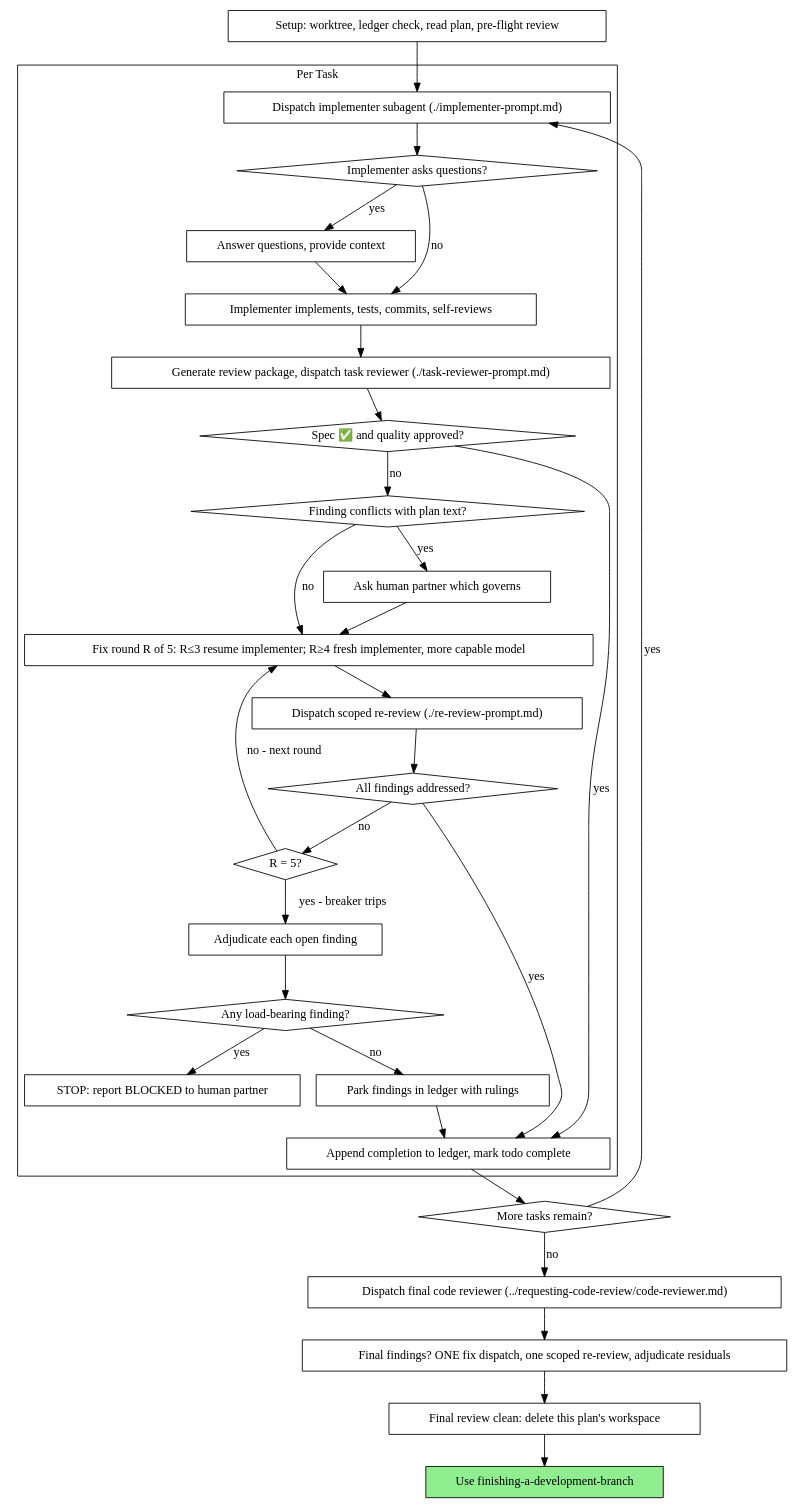
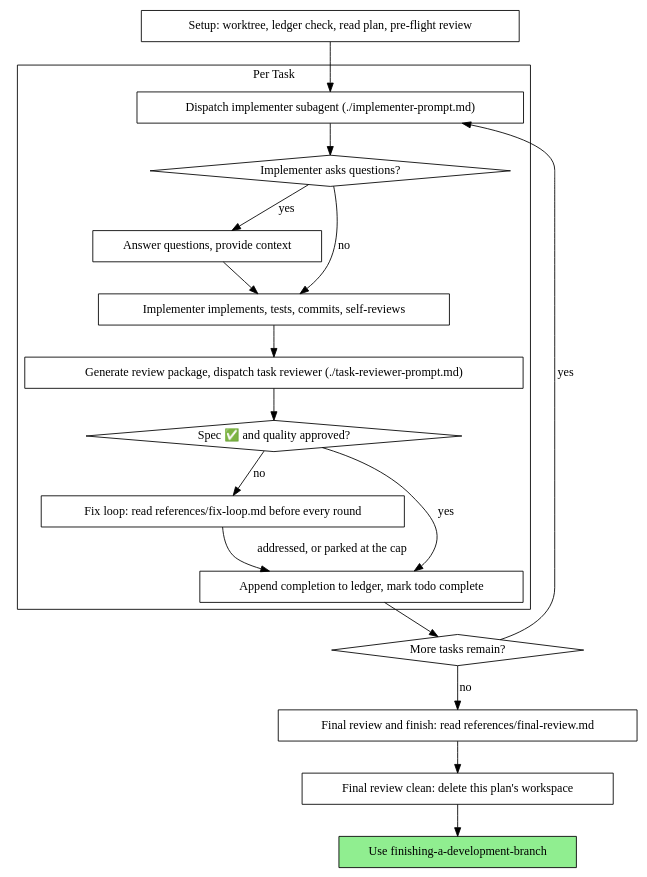
The second of 2 diagrams in 1-TAILORED-PROVIDER-TREES/Hermes/COPY-TO-SKILLS-DIRECTORY/skills/subagent-driven-development/SKILL.md (SenjuWoo/Ultimate-AI-Starter-Bundle), drawn with Graphviz before and after one commit. The commit also changed other lines of this file and 262 other files, not shown here.

````diff
--- a/1-TAILORED-PROVIDER-TREES/Hermes/COPY-TO-SKILLS-DIRECTORY/skills/subagent-driven-development/SKILL.md
+++ b/1-TAILORED-PROVIDER-TREES/Hermes/COPY-TO-SKILLS-DIRECTORY/skills/subagent-driven-development/SKILL.md
@@ -47,62 +47,39 @@
 ```dot
 digraph process {
     rankdir=TB;
 
     subgraph cluster_per_task {
         label="Per Task";
         "Dispatch implementer subagent (./implementer-prompt.md)" [shape=box];
         "Implementer asks questions?" [shape=diamond];
         "Answer questions, provide context" [shape=box];
         "Implementer implements, tests, commits, self-reviews" [shape=box];
         "Generate review package, dispatch task reviewer (./task-reviewer-prompt.md)" [shape=box];
         "Spec ✅ and quality approved?" [shape=diamond];
-        "Finding conflicts with plan text?" [shape=diamond];
-        "Ask human partner which governs" [shape=box];
-        "Fix round R of 5: R≤3 resume implementer; R≥4 fresh implementer, more capable model" [shape=box];
-        "Dispatch scoped re-review (./re-review-prompt.md)" [shape=box];
-        "All findings addressed?" [shape=diamond];
-        "R = 5?" [shape=diamond];
-        "Adjudicate each open finding" [shape=box];
-        "Any load-bearing finding?" [shape=diamond];
-        "STOP: report BLOCKED to human partner" [shape=box];
-        "Park findings in ledger with rulings" [shape=box];
+        "Fix loop: read references/fix-loop.md before every round" [shape=box];
         "Append completion to ledger, mark todo complete" [shape=box];
     }
 
     "Setup: worktree, ledger check, read plan, pre-flight review" [shape=box];
     "More tasks remain?" [shape=diamond];
-    "Dispatch final code reviewer (../requesting-code-review/code-reviewer.md)" [shape=box];
-    "Final findings? ONE fix dispatch, one scoped re-review, adjudicate residuals" [shape=box];
+    "Final review and finish: read references/final-review.md" [shape=box];
     "Final review clean: delete this plan's workspace" [shape=box];
     "Use finishing-a-development-branch" [shape=box style=filled fillcolor=lightgreen];
 
     "Setup: worktree, ledger check, read plan, pre-flight review" -> "Dispatch implementer subagent (./implementer-prompt.md)";
     "Dispatch implementer subagent (./implementer-prompt.md)" -> "Implementer asks questions?";
     "Implementer asks questions?" -> "Answer questions, provide context" [label="yes"];
     "Answer questions, provide context" -> "Implementer implements, tests, commits, self-reviews";
     "Implementer asks questions?" -> "Implementer implements, tests, commits, self-reviews" [label="no"];
     "Implementer implements, tests, commits, self-reviews" -> "Generate review package, dispatch task reviewer (./task-reviewer-prompt.md)";
     "Generate review package, dispatch task reviewer (./task-reviewer-prompt.md)" -> "Spec ✅ and quality approved?";
     "Spec ✅ and quality approved?" -> "Append completion to ledger, mark todo complete" [label="yes"];
-    "Spec ✅ and quality approved?" -> "Finding conflicts with plan text?" [label="no"];
-    "Finding conflicts with plan text?" -> "Ask human partner which governs" [label="yes"];
-    "Ask human partner which governs" -> "Fix round R of 5: R≤3 resume implementer; R≥4 fresh implementer, more capable model";
-    "Finding conflicts with plan text?" -> "Fix round R of 5: R≤3 resume implementer; R≥4 fresh implementer, more capable model" [label="no"];
-    "Fix round R of 5: R≤3 resume implementer; R≥4 fresh implementer, more capable model" -> "Dispatch scoped re-review (./re-review-prompt.md)";
-    "Dispatch scoped re-review (./re-review-prompt.md)" -> "All findings addressed?";
-    "All findings addressed?" -> "Append completion to ledger, mark todo complete" [label="yes"];
-    "All findings addressed?" -> "R = 5?" [label="no"];
-    "R = 5?" -> "Fix round R of 5: R≤3 resume implementer; R≥4 fresh implementer, more capable model" [label="no - next round"];
-    "R = 5?" -> "Adjudicate each open finding" [label="yes - breaker trips"];
-    "Adjudicate each open finding" -> "Any load-bearing finding?";
-    "Any load-bearing finding?" -> "STOP: report BLOCKED to human partner" [label="yes"];
-    "Any load-bearing finding?" -> "Park findings in ledger with rulings" [label="no"];
-    "Park findings in ledger with rulings" -> "Append completion to ledger, mark todo complete";
+    "Spec ✅ and quality approved?" -> "Fix loop: read references/fix-loop.md before every round" [label="no"];
+    "Fix loop: read references/fix-loop.md before every round" -> "Append completion to ledger, mark todo complete" [label="addressed, or parked at the cap"];
     "Append completion to ledger, mark todo complete" -> "More tasks remain?";
     "More tasks remain?" -> "Dispatch implementer subagent (./implementer-prompt.md)" [label="yes"];
-    "More tasks remain?" -> "Dispatch final code reviewer (../requesting-code-review/code-reviewer.md)" [label="no"];
-    "Dispatch final code reviewer (../requesting-code-review/code-reviewer.md)" -> "Final findings? ONE fix dispatch, one scoped re-review, adjudicate residuals";
-    "Final findings? ONE fix dispatch, one scoped re-review, adjudicate residuals" -> "Final review clean: delete this plan's workspace";
+    "More tasks remain?" -> "Final review and finish: read references/final-review.md" [label="no"];
+    "Final review and finish: read references/final-review.md" -> "Final review clean: delete this plan's workspace";
     "Final review clean: delete this plan's workspace" -> "Use finishing-a-development-branch";
 }
 ```
````
